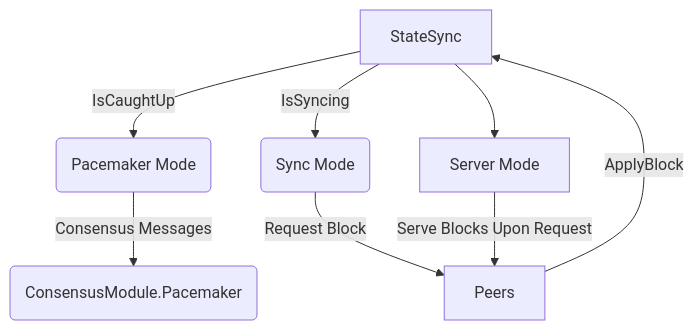
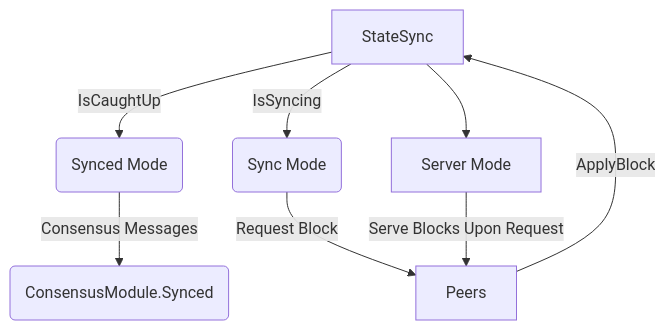
One commit to pokt-network/pocket changed the second of 2 diagrams in consensus/doc/PROTOCOL_STATE_SYNC.md. Above: the diagram before and after it, drawn with Mermaid. The commit also changed other lines of this file and 1 other file, not shown here.

Commit message:
changed pacemakerMode to syncedMode

````diff
--- a/consensus/doc/PROTOCOL_STATE_SYNC.md
+++ b/consensus/doc/PROTOCOL_STATE_SYNC.md
@@ -79,10 +79,10 @@
 ```mermaid
 graph TD
-    A[StateSync] -->|IsCaughtUp| B(Pacemaker Mode)
-    B --> |Consensus Messages| C(ConsensusModule.Pacemaker)
+    A[StateSync] -->|IsCaughtUp| B(Synced Mode)
+    B --> |Consensus Messages| C(ConsensusModule.Synced)
     A --> |IsSyncing| E(Sync Mode)
     E --> |Request Block| G[Peers]
     G--> |ApplyBlock| A
     A --> D[Server Mode]
     D --> |Serve Blocks Upon Request| G
 ```
````
